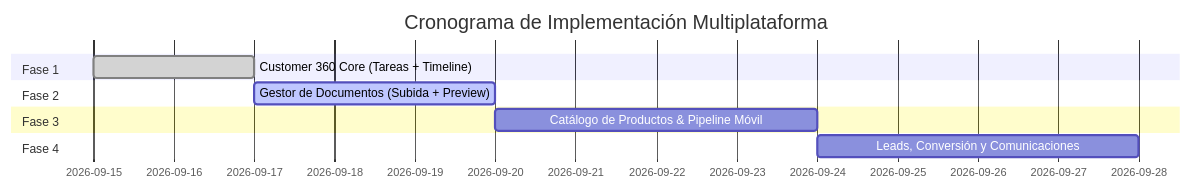
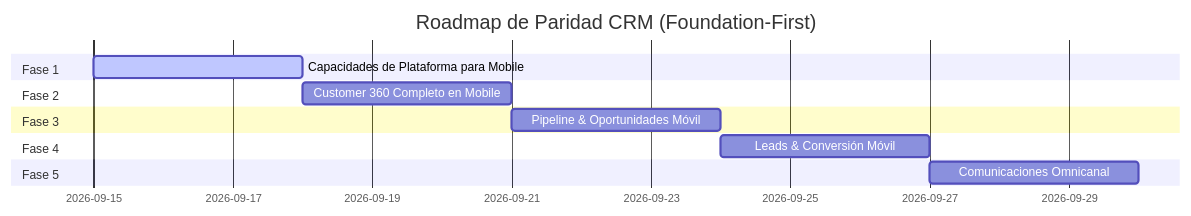
One commit to minoveaz/loopdev-v2 changed the second of 2 diagrams in docs/06-product/crm/CRM_MULTIPLATFORM_PARITY_ROADMAP.md. Above: the diagram before and after it, drawn with Mermaid. The commit also changed other lines of this file, not shown here.

Commit message:
docs(crm): update parity roadmap to foundation-first 5-phase structure

````diff
--- a/docs/06-product/crm/CRM_MULTIPLATFORM_PARITY_ROADMAP.md
+++ b/docs/06-product/crm/CRM_MULTIPLATFORM_PARITY_ROADMAP.md
@@ -79,13 +53,15 @@
 ```mermaid
 gantt
-    title Cronograma de Implementación Multiplataforma
+    title Roadmap de Paridad CRM (Foundation-First)
     dateFormat  YYYY-MM-DD
     section Fase 1
-    Customer 360 Core (Tareas + Timeline)     :done,    f1, 2026-09-15, 2026-09-17
+    Capacidades de Plataforma para Mobile     :active,  f1, 2026-09-15, 2026-09-18
     section Fase 2
-    Gestor de Documentos (Subida + Preview)   :active,  f2, 2026-09-17, 2026-09-20
+    Customer 360 Completo en Mobile           :         f2, 2026-09-18, 2026-09-21
     section Fase 3
-    Catálogo de Productos & Pipeline Móvil     :         f3, 2026-09-20, 2026-09-24
+    Pipeline & Oportunidades Móvil            :         f3, 2026-09-21, 2026-09-24
     section Fase 4
-    Leads, Conversión y Comunicaciones         :         f4, 2026-09-24, 2026-09-28
+    Leads & Conversión Móvil                  :         f4, 2026-09-24, 2026-09-27
+    section Fase 5
+    Comunicaciones Omnicanal                  :         f5, 2026-09-27, 2026-09-30
 ```
````
